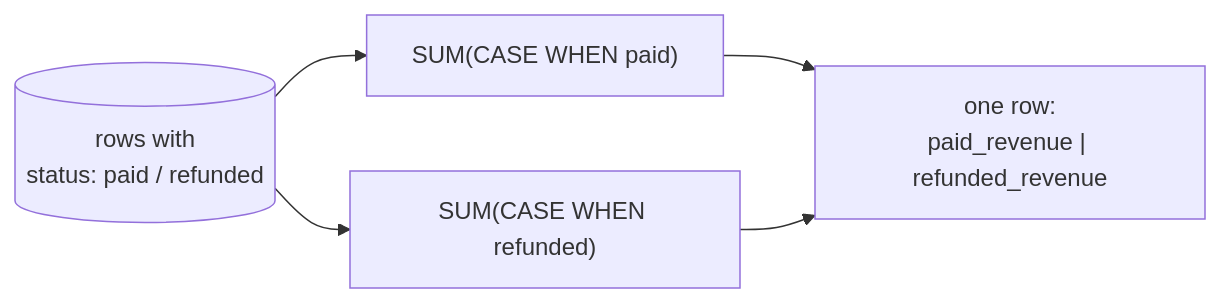
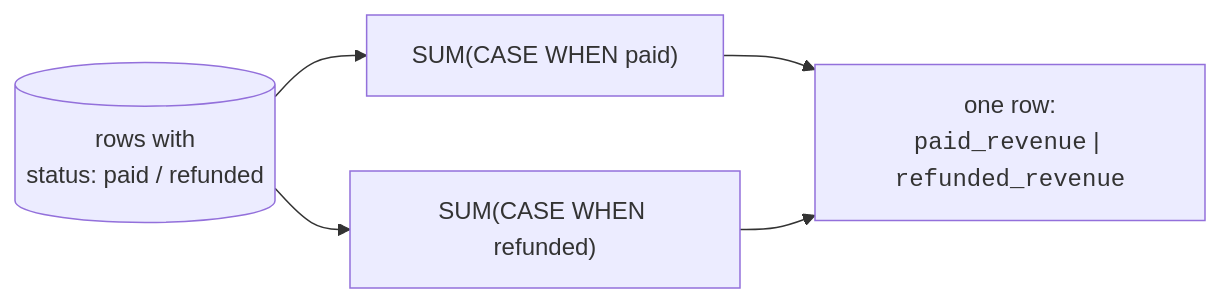
The diagram in content/learn/sql-analytics-duckdb/conditional-logic.mdx (dataslope/dataslope), drawn with Mermaid before and after one commit. The commit also changed 153 other files, not shown here.

First line of the commit message:
Render code-only mermaid shapes in monospace; convert step sequences to Steps

````diff
--- a/content/learn/sql-analytics-duckdb/conditional-logic.mdx
+++ b/content/learn/sql-analytics-duckdb/conditional-logic.mdx
@@ -152,7 +152,7 @@
 ```mermaid
 flowchart LR
     R[("rows with<br/>status: paid / refunded")] --> C1["SUM(CASE WHEN paid)"]
     R --> C2["SUM(CASE WHEN refunded)"]
-    C1 --> Out["one row:<br/>paid_revenue | refunded_revenue"]
+    C1 --> Out["one row:<br/><code>paid_revenue</code> | <code>refunded_revenue</code>"]
     C2 --> Out
 ```
````
